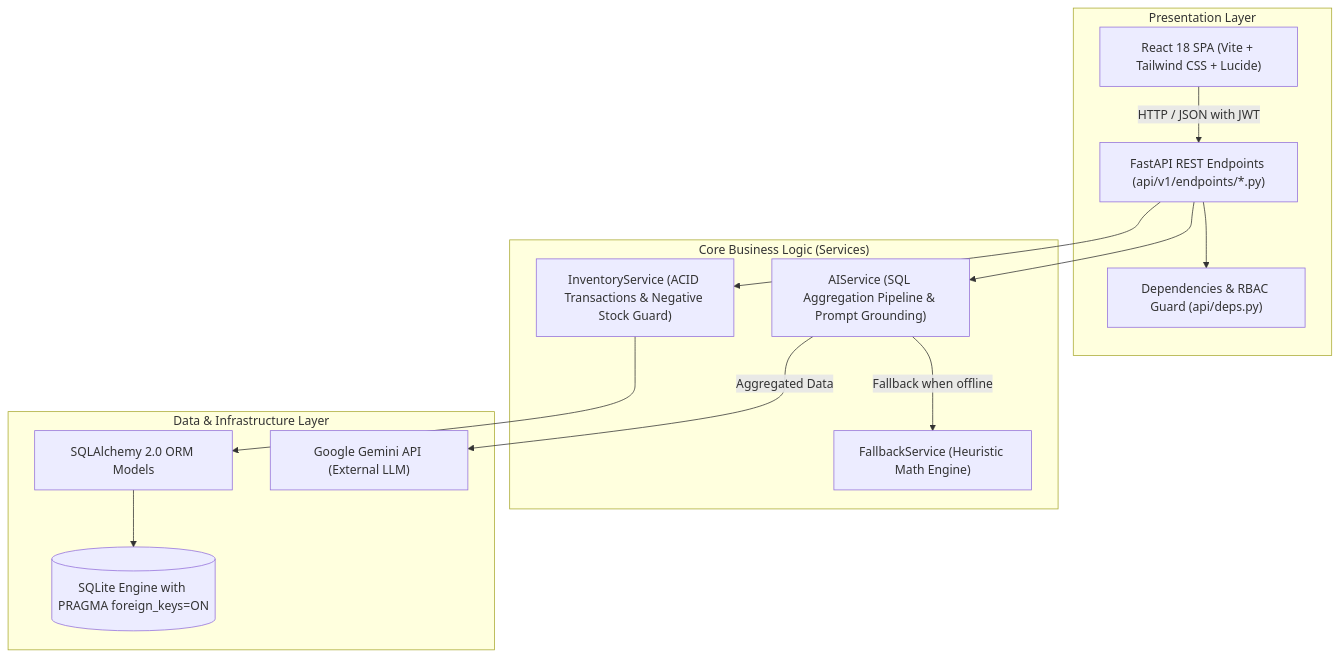
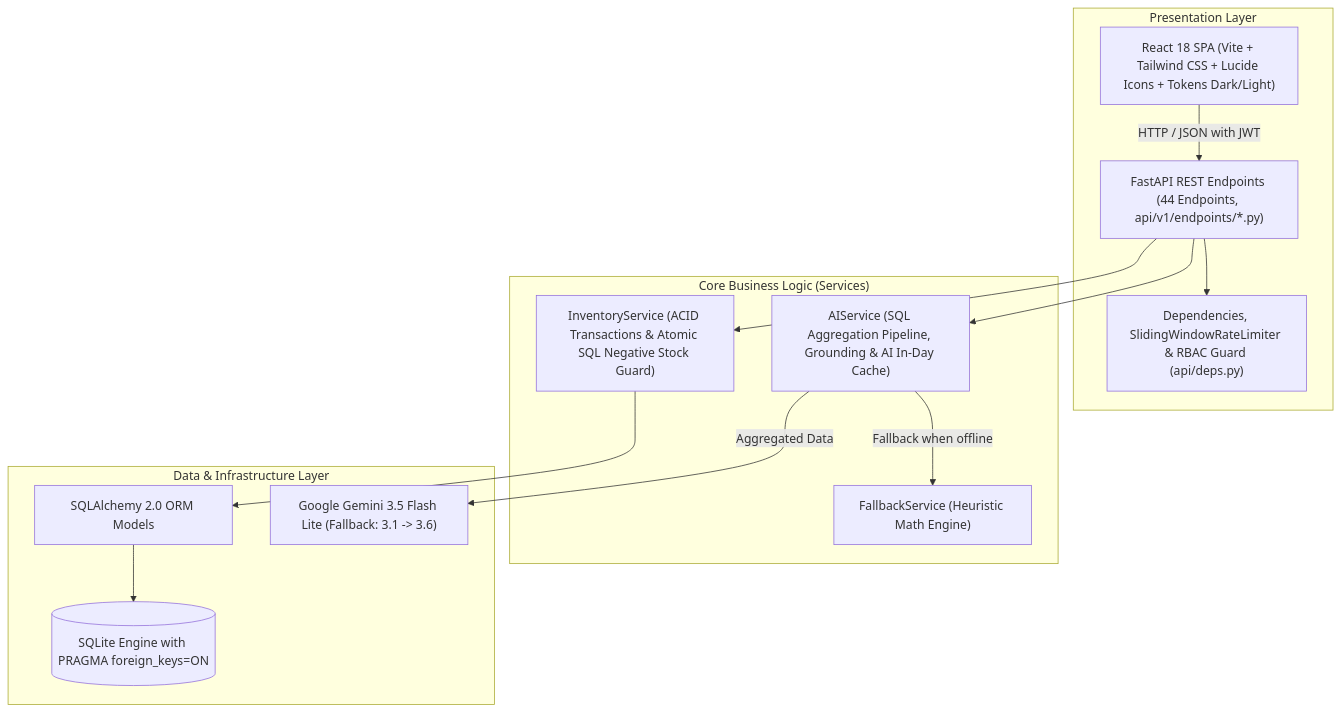
Before and after one commit to dtc245090028-ui/gemini: the third of 3 diagrams in hệ thống quản lý kho/docs/SDLC/final/01_Final_Technical_Report.md, drawn with Mermaid. The commit also changed other lines of this file and 128 other files, not shown here.

````diff
--- a/hệ thống quản lý kho/docs/SDLC/final/01_Final_Technical_Report.md
+++ b/hệ thống quản lý kho/docs/SDLC/final/01_Final_Technical_Report.md
@@ -204,29 +209,29 @@
 ```mermaid
 graph TD
     subgraph Presentation_Layer ["Presentation Layer"]
-        UI["React 18 SPA (Vite + Tailwind CSS + Lucide)"]
-        API["FastAPI REST Endpoints (api/v1/endpoints/*.py)"]
-        DEP["Dependencies & RBAC Guard (api/deps.py)"]
+        UI["React 18 SPA (Vite + Tailwind CSS + Lucide Icons + Tokens Dark/Light)"]
+        API["FastAPI REST Endpoints (44 Endpoints, api/v1/endpoints/*.py)"]
+        DEP["Dependencies, SlidingWindowRateLimiter & RBAC Guard (api/deps.py)"]
     end
 
     subgraph Service_Layer ["Core Business Logic (Services)"]
-        IS["InventoryService (ACID Transactions & Negative Stock Guard)"]
-        AIS["AIService (SQL Aggregation Pipeline & Prompt Grounding)"]
+        IS["InventoryService (ACID Transactions & Atomic SQL Negative Stock Guard)"]
+        AIS["AIService (SQL Aggregation Pipeline, Grounding & AI In-Day Cache)"]
         FBS["FallbackService (Heuristic Math Engine)"]
     end
 
     subgraph Persistence_Layer ["Data & Infrastructure Layer"]
         ORM["SQLAlchemy 2.0 ORM Models"]
         DB[(SQLite Engine with PRAGMA foreign_keys=ON)]
-        GEMINI["Google Gemini API (External LLM)"]
+        GEMINI["Google Gemini 3.5 Flash Lite (Fallback: 3.1 -> 3.6)"]
     end
 
     UI -->|HTTP / JSON with JWT| API
     API --> DEP
     API --> IS
     API --> AIS
     AIS -->|Fallback when offline| FBS
     AIS -->|Aggregated Data| GEMINI
     IS --> ORM
     ORM --> DB
 ```
````
